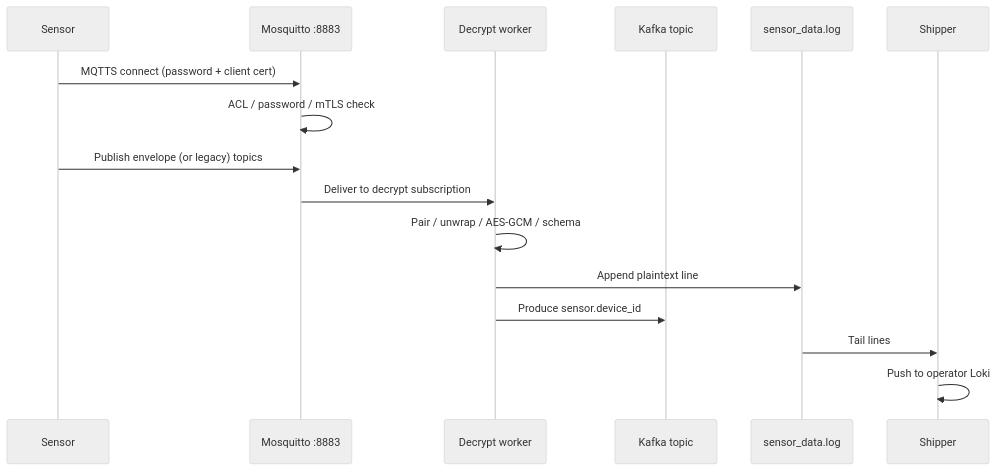
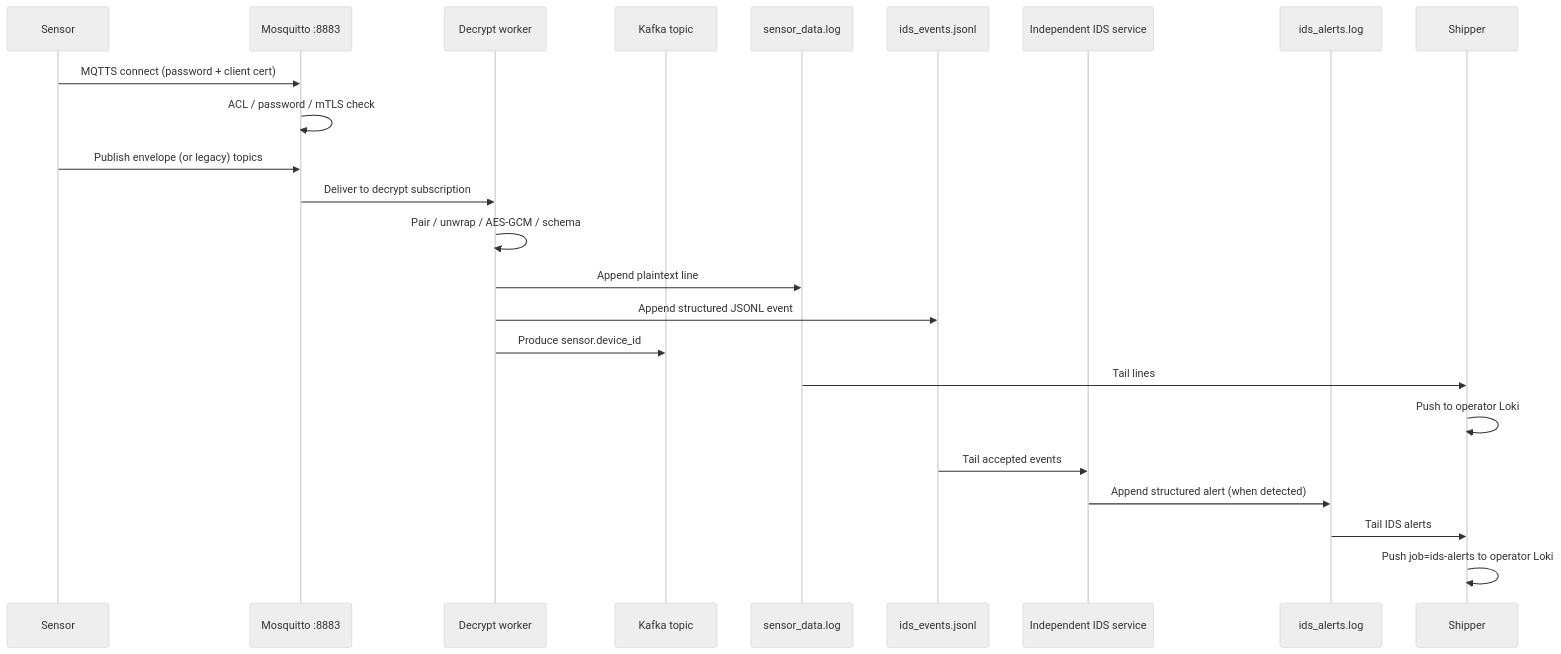
The fourth of 8 diagrams in docs/architecture.md (ngmibach/iot-gateway), drawn with Mermaid (neutral theme) before and after one commit. The commit also changed other lines of this file and 46 other files, not shown here.

````diff
--- a/docs/architecture.md
+++ b/docs/architecture.md
@@ -109,19 +120,27 @@
 ```mermaid
 sequenceDiagram
   participant S as Sensor
   participant M as Mosquitto :8883
   participant D as Decrypt worker
   participant K as Kafka topic
   participant L as sensor_data.log
+  participant E as ids_events.jsonl
+  participant IDS as Independent IDS service
+  participant A as ids_alerts.log
   participant Ship as Shipper
 
   S->>M: MQTTS connect (password + client cert)
   M->>M: ACL / password / mTLS check
   S->>M: Publish envelope (or legacy) topics
   M->>D: Deliver to decrypt subscription
   D->>D: Pair / unwrap / AES-GCM / schema
   D->>L: Append plaintext line
+  D->>E: Append structured JSONL event
   D->>K: Produce sensor.device_id
   L->>Ship: Tail lines
   Ship->>Ship: Push to operator Loki
+  E->>IDS: Tail accepted events
+  IDS->>A: Append structured alert (when detected)
+  A->>Ship: Tail IDS alerts
+  Ship->>Ship: Push job=ids-alerts to operator Loki
 ```
````
